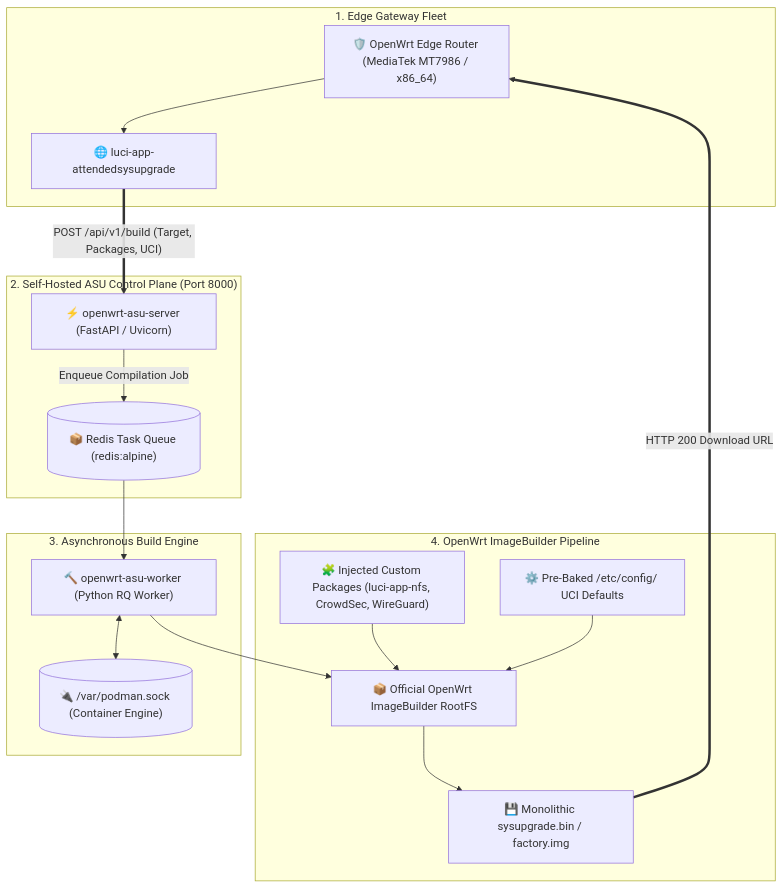
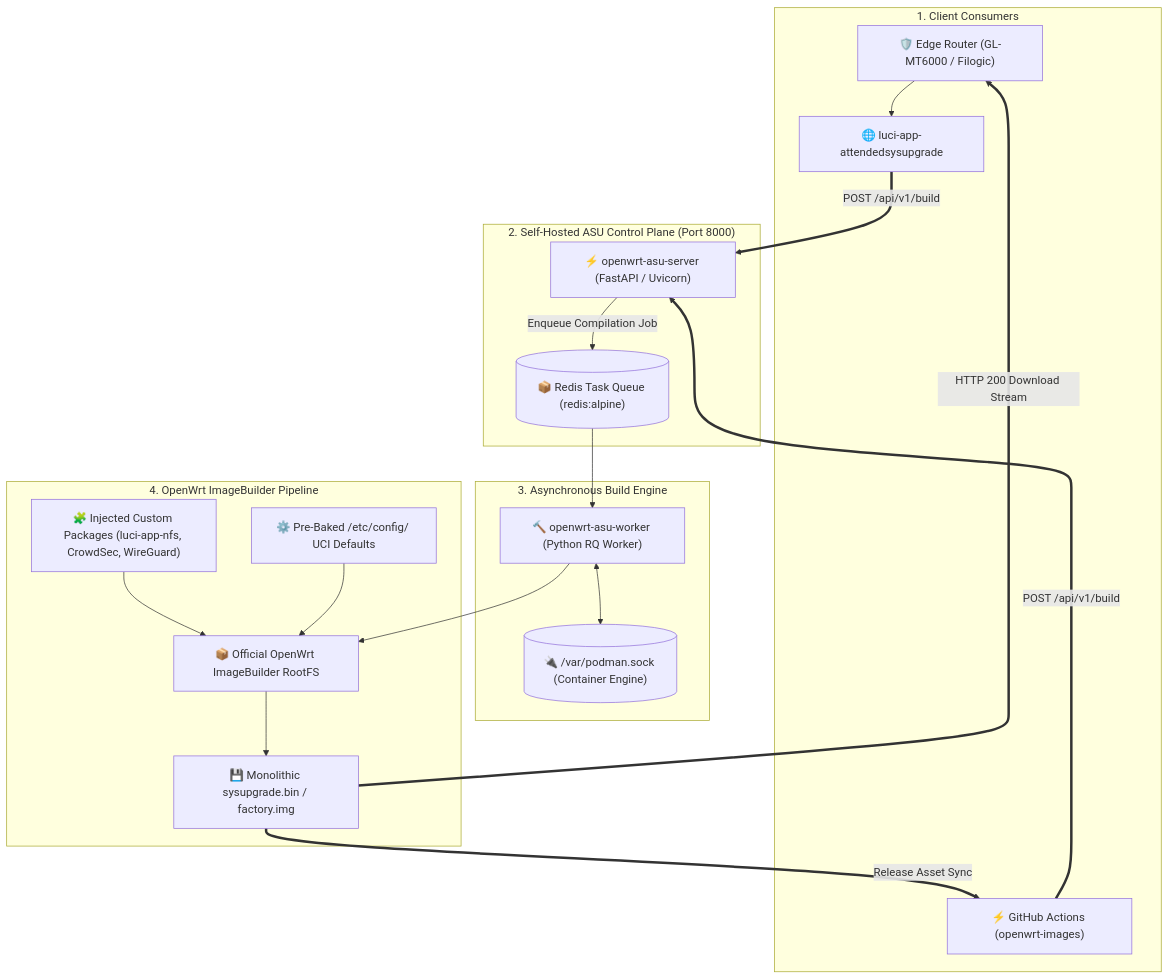
One commit to rpdev-cdn/wiki.iamrp.dev changed the diagram in content/projects/Networking/openwrt-asu-builder.md. Above: the diagram before and after it, drawn with Mermaid. The commit also changed other lines of this file and 19 other files, not shown here.

````diff
--- a/content/projects/Networking/openwrt-asu-builder.md
+++ b/content/projects/Networking/openwrt-asu-builder.md
@@ -20,34 +33,37 @@
 ```mermaid
 flowchart TD
-    subgraph ClientLayer["1. Edge Gateway Fleet"]
-        Router["🛡️ OpenWrt Edge Router (MediaTek MT7986 / x86_64)"]
+    subgraph ClientLayer["1. Client Consumers"]
+        Router["🛡️ Edge Router (GL-MT6000 / Filogic)"]
         LuCI["🌐 luci-app-attendedsysupgrade"]
+        GHA["⚡ GitHub Actions (openwrt-images)"]
         Router --> LuCI
     end
 
     subgraph APIPlane["2. Self-Hosted ASU Control Plane (Port 8000)"]
         Server["⚡ openwrt-asu-server (FastAPI / Uvicorn)"]
         RedisQ[("📦 Redis Task Queue (redis:alpine)")]
-        LuCI ==>|"POST /api/v1/build (Target, Packages, UCI)"| Server
+        LuCI ==>|"POST /api/v1/build"| Server
+        GHA ==>|"POST /api/v1/build"| Server
         Server -->|"Enqueue Compilation Job"| RedisQ
     end
 
     subgraph WorkerPlane["3. Asynchronous Build Engine"]
         Worker["🔨 openwrt-asu-worker (Python RQ Worker)"]
         PodmanSocket[("🔌 /var/podman.sock (Container Engine)")]
         RedisQ --> Worker
         Worker <--> PodmanSocket
     end
 
     subgraph Compilation["4. OpenWrt ImageBuilder Pipeline"]
         ImageBuilder["📦 Official OpenWrt ImageBuilder RootFS"]
         CustomPkgs["🧩 Injected Custom Packages (luci-app-nfs, CrowdSec, WireGuard)"]
         UCIPresets["⚙️ Pre-Baked /etc/config/ UCI Defaults"]
         
         Worker --> ImageBuilder
         CustomPkgs & UCIPresets --> ImageBuilder
         ImageBuilder --> Artifact["💾 Monolithic sysupgrade.bin / factory.img"]
     end
 
-    Artifact ==>|"HTTP 200 Download URL"| Router
+    Artifact ==>|"HTTP 200 Download Stream"| Router
+    Artifact ==>|"Release Asset Sync"| GHA
 ```
````
